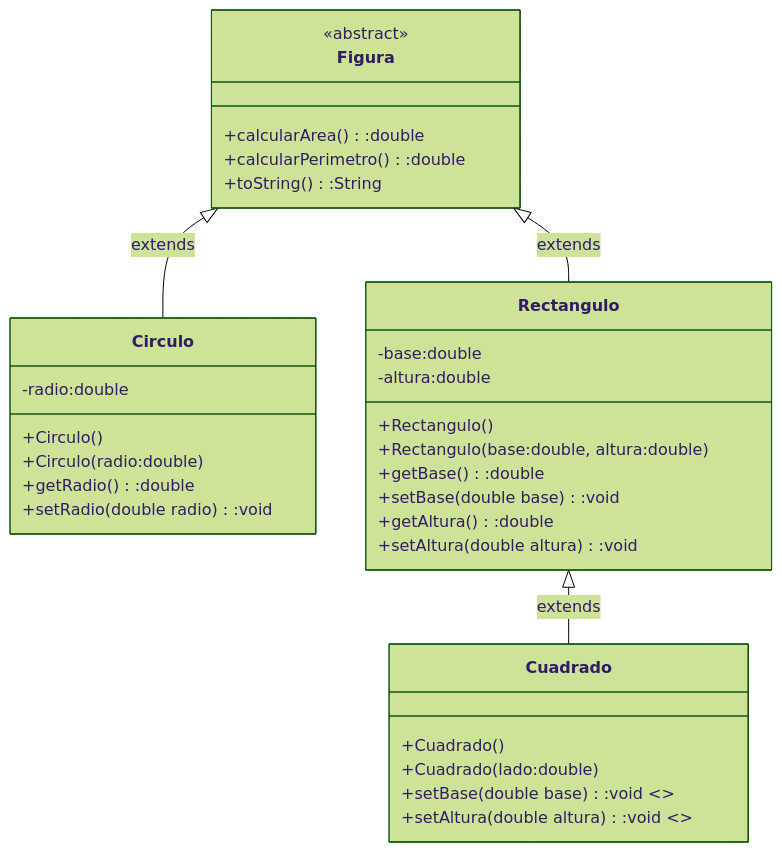
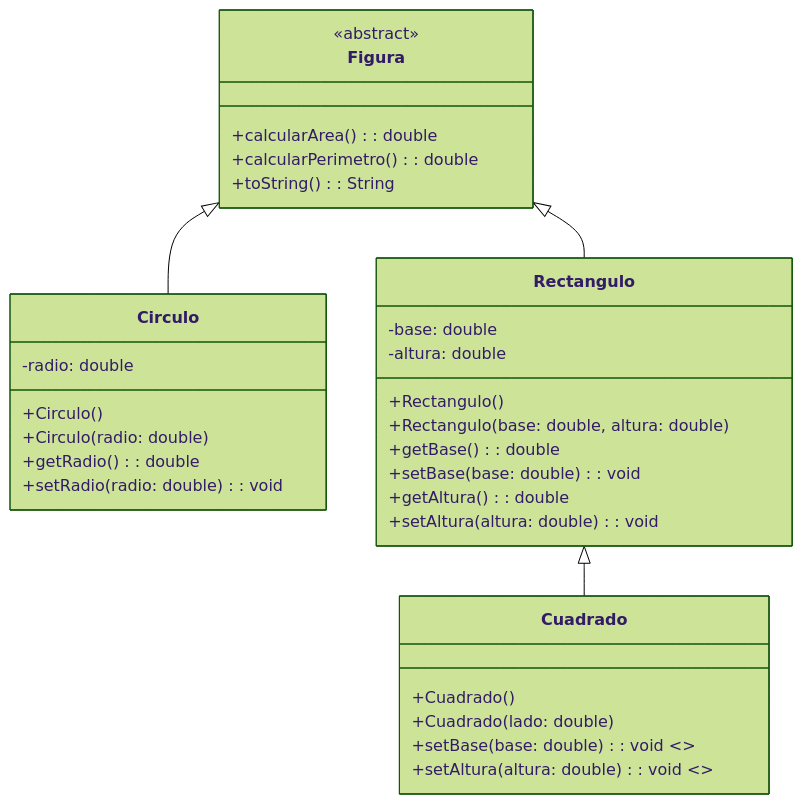
Before and after one commit to Salvador-GA/APALOO: the diagram in 1.5 EjClaseAbstracta/README.md, drawn with Mermaid (forest theme). The commit also changed other lines of this file, not shown here.

````diff
--- a/1.5 EjClaseAbstracta/README.md
+++ b/1.5 EjClaseAbstracta/README.md
@@ -2,38 +3,38 @@
 ```mermaid
 classDiagram
     class Figura <<abstract>> {
-        +calcularArea():double
-        +calcularPerimetro():double
-        +toString():String
+        +calcularArea(): double
+        +calcularPerimetro(): double
+        +toString(): String
     }
 
     class Circulo {
-        -radio:double
+        -radio: double
         +Circulo()
-        +Circulo(radio:double)
-        +getRadio():double
-        +setRadio(double radio):void
+        +Circulo(radio: double)
+        +getRadio(): double
+        +setRadio(radio: double): void
     }
 
     class Rectangulo {
-        -base:double
-        -altura:double
+        -base: double
+        -altura: double
         +Rectangulo()
-        +Rectangulo(base:double, altura:double)
-        +getBase():double
-        +setBase(double base):void
-        +getAltura():double
-        +setAltura(double altura):void
+        +Rectangulo(base: double, altura: double)
+        +getBase(): double
+        +setBase(base: double): void
+        +getAltura(): double
+        +setAltura(altura: double): void
     }
 
     class Cuadrado {
         +Cuadrado()
-        +Cuadrado(lado:double)
-        +setBase(double base):void <<Override>>
-        +setAltura(double altura):void <<Override>>
+        +Cuadrado(lado: double)
+        +setBase(base: double): void <<override>>
+        +setAltura(altura: double): void <<override>>
     }
 
-    Figura <|-- Circulo : extends
-    Figura <|-- Rectangulo : extends
-    Rectangulo <|-- Cuadrado : extends
+    Figura <|-- Circulo
+    Figura <|-- Rectangulo
+    Rectangulo <|-- Cuadrado
 ```
````
